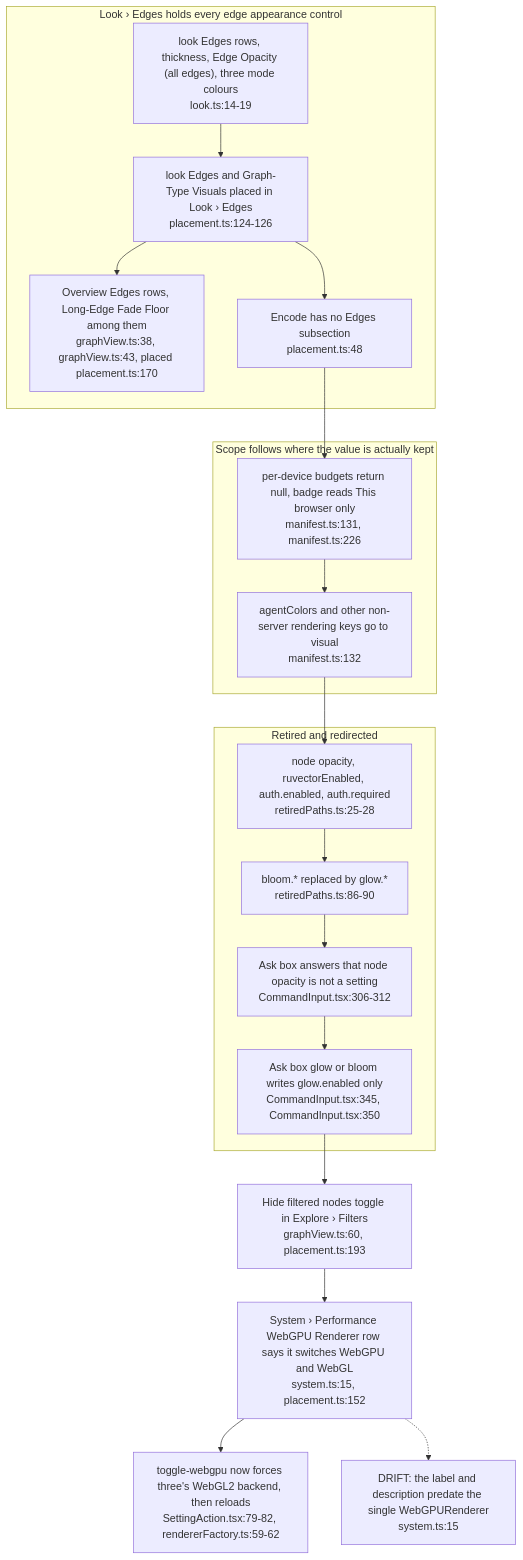
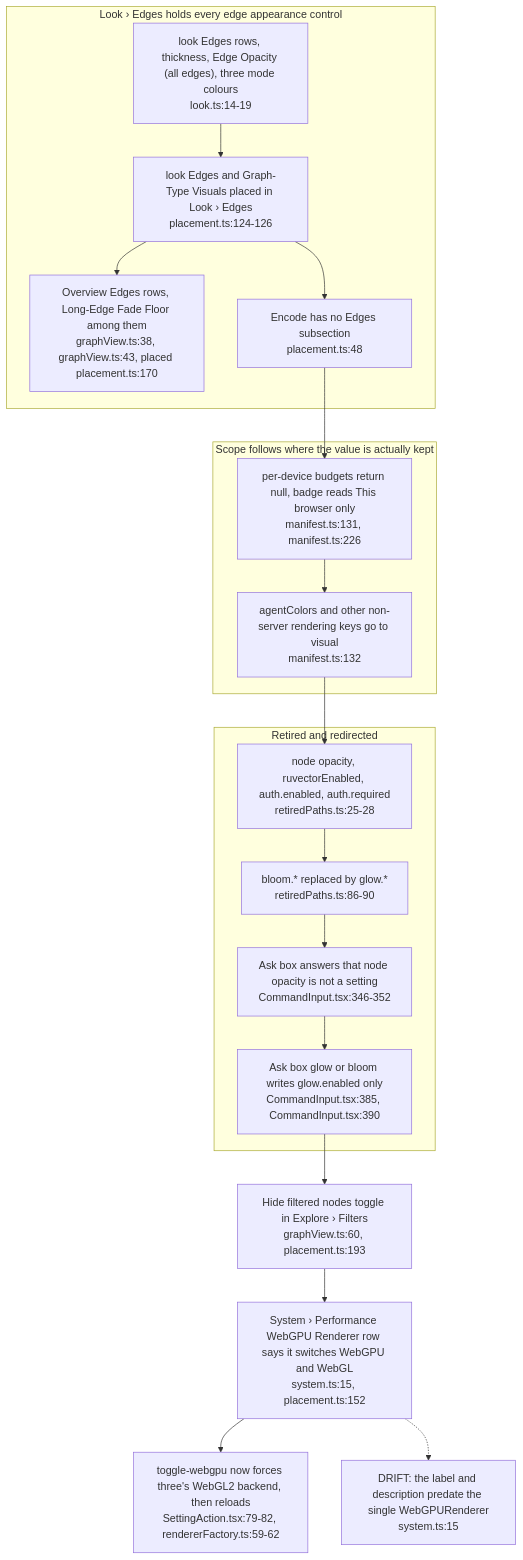
Diagram 12 of 12 in docs/diagrams/visionclaw/57-control-centre-ia-and-drawer.md (DreamLab-AI/VisionFlow), drawn with Mermaid before and after one commit. The commit also changed other lines of this file and 6 other files, not shown here.

First line of the commit message:
diagrams(visionclaw): re-verify VC-51..57 at visionclaw 4900ec60

````diff
--- a/docs/diagrams/visionclaw/57-control-centre-ia-and-drawer.md
+++ b/docs/diagrams/visionclaw/57-control-centre-ia-and-drawer.md
@@ -373,29 +373,29 @@
 ```mermaid
 flowchart TB
     subgraph edges["Look › Edges holds every edge appearance control"]
         LE["look Edges rows, thickness, Edge Opacity (all edges), three mode colours<br/>look.ts:14-19"]
         LP["look Edges and Graph-Type Visuals placed in Look › Edges<br/>placement.ts:124-126"]
         OE["Overview Edges rows, Long-Edge Fade Floor among them<br/>graphView.ts:38, graphView.ts:43, placed placement.ts:170"]
         ENC["Encode has no Edges subsection<br/>placement.ts:48"]
     end
     subgraph scope["Scope follows where the value is actually kept"]
         DL["per-device budgets return null, badge reads This browser only<br/>manifest.ts:131, manifest.ts:226"]
         AC["agentColors and other non-server rendering keys go to visual<br/>manifest.ts:132"]
     end
     subgraph gone["Retired and redirected"]
         RT["node opacity, ruvectorEnabled, auth.enabled, auth.required<br/>retiredPaths.ts:25-28"]
         BL["bloom.* replaced by glow.*<br/>retiredPaths.ts:86-90"]
-        ASKN["Ask box answers that node opacity is not a setting<br/>CommandInput.tsx:306-312"]
-        ASKG["Ask box glow or bloom writes glow.enabled only<br/>CommandInput.tsx:345, CommandInput.tsx:350"]
+        ASKN["Ask box answers that node opacity is not a setting<br/>CommandInput.tsx:346-352"]
+        ASKG["Ask box glow or bloom writes glow.enabled only<br/>CommandInput.tsx:385, CommandInput.tsx:390"]
     end
     HF["Hide filtered nodes toggle in Explore › Filters<br/>graphView.ts:60, placement.ts:193"]
     LE --> LP --> OE
     LP --> ENC
     ENC --> DL --> AC
     AC --> RT --> BL --> ASKN --> ASKG
     ASKG --> HF
     WG["System › Performance WebGPU Renderer row says it switches WebGPU and WebGL<br/>system.ts:15, placement.ts:152"]
     HF --> WG
     WG --> ACT["toggle-webgpu now forces three's WebGL2 backend, then reloads<br/>SettingAction.tsx:79-82, rendererFactory.ts:59-62"]
     WG -.-> WD["DRIFT: the label and description predate the single WebGPURenderer<br/>system.ts:15"]
 ```
````
